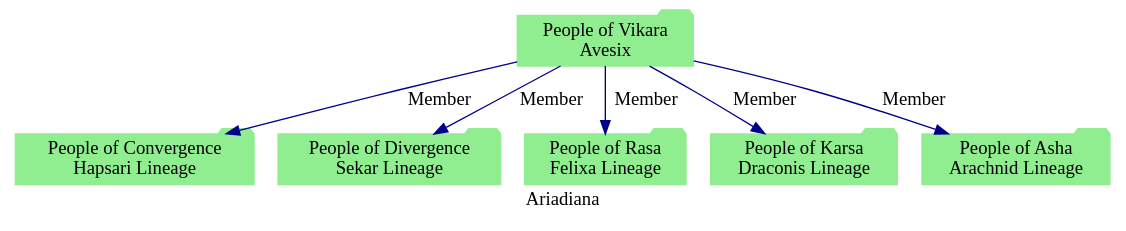
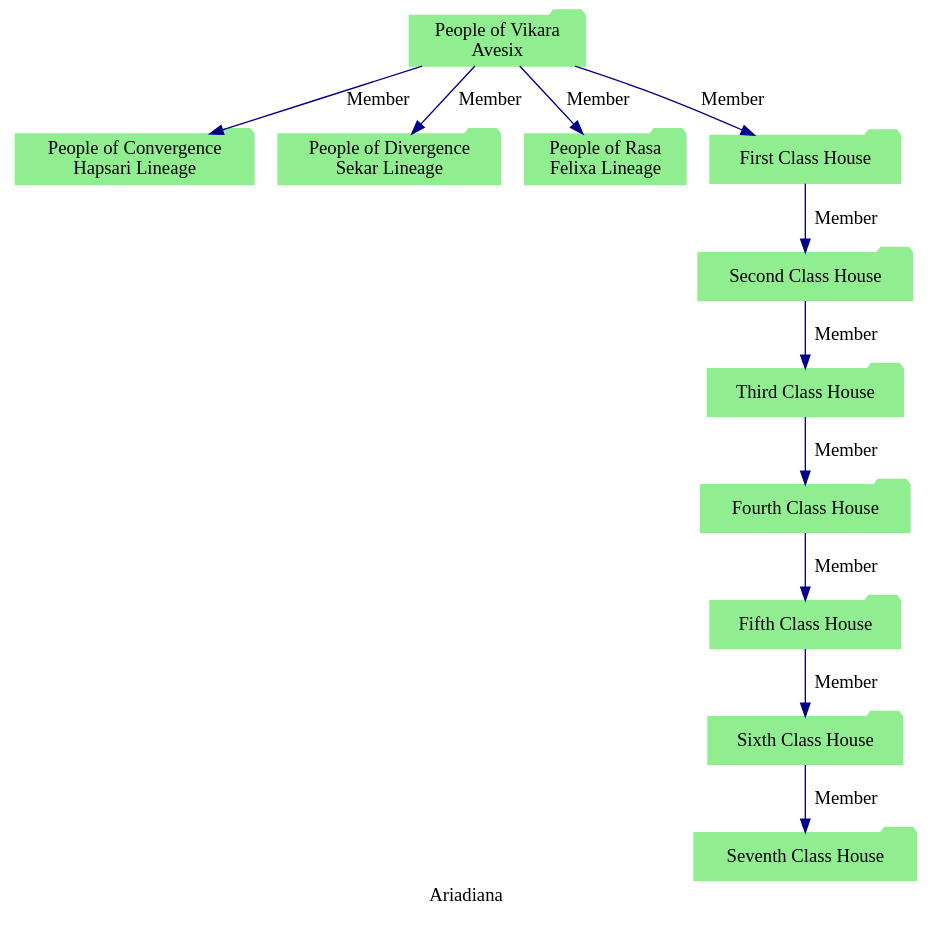
One commit to cilang/mythos changed the diagram in src/lore/astakona/ariadiana.dot. Above: the diagram before and after it, drawn with Graphviz. The commit also changed 3 other files, not shown here.

```diff
--- a/src/lore/astakona/ariadiana.dot
+++ b/src/lore/astakona/ariadiana.dot
@@ -1,15 +1,26 @@
 strict digraph Ariadiana {
     label = "Ariadiana";
     style = filled;
     color = lightgray;
     node [shape = circle; style = filled; color = lightgreen;];
     
     avesix_t [label = "People of Vikara\nAvesix";comment = "";shape = folder;];
     hapsari_t [label = "People of Convergence\nHapsari Lineage";comment = "Sub House of Nawang Lineage";shape = folder;];
     sekar_t [label = "People of Divergence\nSekar Lineage";comment = "Sub House of Pawang Lineage";shape = folder;];
     felixa_t [label = "People of Rasa\nFelixa Lineage";comment = "";shape = folder;];
-    draconis_t [label = "People of Karsa\nDraconis Lineage";comment = "";shape = folder;];
-    arachnid_t [label = "People of Asha\nArachnid Lineage";comment = "";shape = folder;];
+    first_class_house_t [label = "First Class House";comment = "";shape = folder;];
+    second_class_house_t [label = "Second Class House";comment = "";shape = folder;];
+    third_class_house_t [label = "Third Class House";comment = "";shape = folder;];
+    fourth_class_house_t [label = "Fourth Class House";comment = "";shape = folder;];
+    fifth_class_house_t [label = "Fifth Class House";comment = "";shape = folder;];
+    sixth_class_house_t [label = "Sixth Class House";comment = "";shape = folder;];
+    seventh_class_house_t [label = "Seventh Class House";comment = "";shape = folder;];
     
-    avesix_t -> {hapsari_t sekar_t felixa_t draconis_t arachnid_t} [label = "Member"; color = darkblue; comment = "";];
+    avesix_t -> {hapsari_t sekar_t felixa_t first_class_house_t} [label = "Member"; color = darkblue; comment = "";];
+    first_class_house_t -> second_class_house_t [label = "Member"; color = darkblue; comment = "";];
+    second_class_house_t -> third_class_house_t [label = "Member"; color = darkblue; comment = "";];
+    third_class_house_t -> fourth_class_house_t [label = "Member"; color = darkblue; comment = "";];
+    fourth_class_house_t -> fifth_class_house_t [label = "Member"; color = darkblue; comment = "";];
+    fifth_class_house_t -> sixth_class_house_t [label = "Member"; color = darkblue; comment = "";];
+    sixth_class_house_t -> seventh_class_house_t [label = "Member"; color = darkblue; comment = "";];
 }
```
